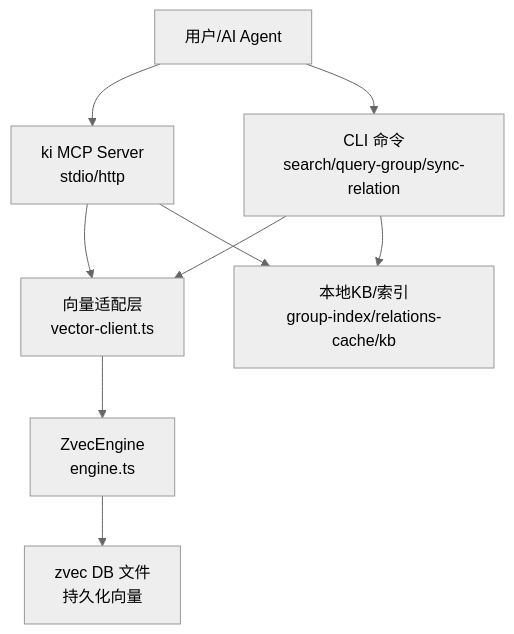
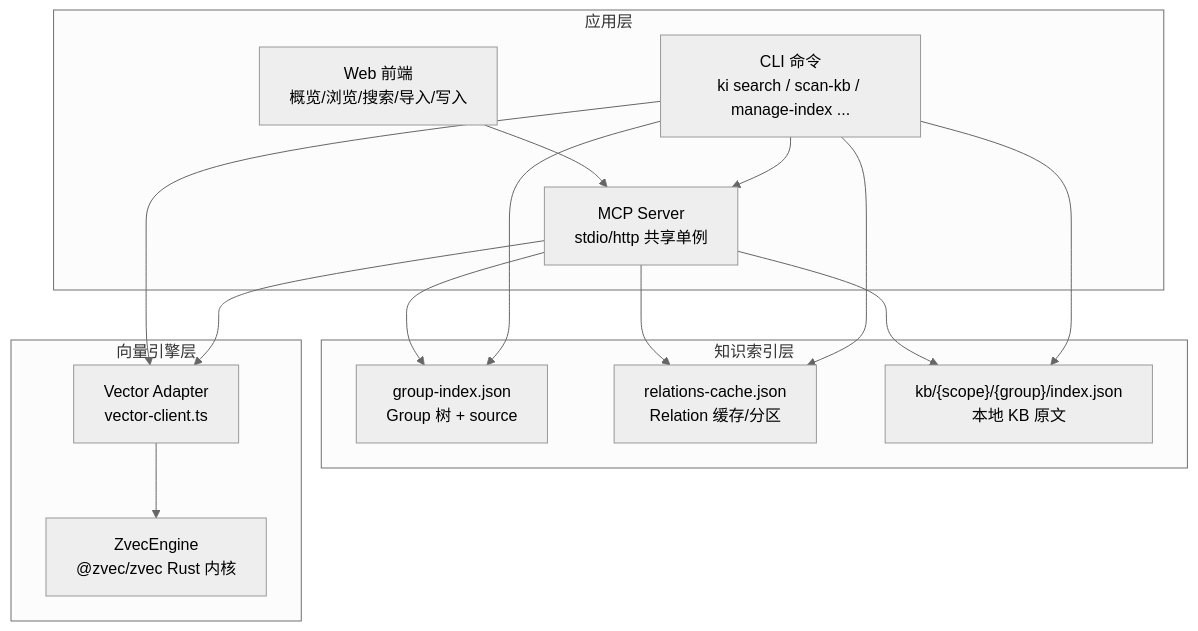
The first of 8 diagrams in .qoder/repowiki/zh/content/项目概述/项目概述.md (HACK-WU/kisearch), drawn with Mermaid (neutral theme) before and after one commit. The commit also changed other lines of this file and 623 other files, not shown here.

````diff
--- a/.qoder/repowiki/zh/content/项目概述/项目概述.md
+++ b/.qoder/repowiki/zh/content/项目概述/项目概述.md
@@ -57,11 +63,28 @@
 ```mermaid
 graph TB
-A["用户/AI Agent"] --> B["ki MCP Server<br/>stdio/http"]
-A --> C["CLI 命令<br/>search/query-group/sync-relation"]
-B --> D["向量适配层<br/>vector-client.ts"]
-C --> D
-D --> E["ZvecEngine<br/>engine.ts"]
-E --> F["zvec DB 文件<br/>持久化向量"]
-C --> G["本地KB/索引<br/>group-index/relations-cache/kb"]
-B --> G
+subgraph "应用层"
+CLI["CLI 命令<br/>ki search / scan-kb / manage-index ..."]
+MCP["MCP Server<br/>stdio/http 共享单例"]
+WEB["Web 前端<br/>概览/浏览/搜索/导入/写入"]
+end
+subgraph "知识索引层"
+GI["group-index.json<br/>Group 树 + source"]
+RC["relations-cache.json<br/>Relation 缓存/分区"]
+KB["kb/{scope}/{group}/index.json<br/>本地 KB 原文"]
+end
+subgraph "向量引擎层"
+ZVEC["ZvecEngine<br/>@zvec/zvec Rust 内核"]
+VC["Vector Adapter<br/>vector-client.ts"]
+end
+CLI --> MCP
+WEB --> MCP
+MCP --> VC
+CLI --> VC
+VC --> ZVEC
+CLI --> GI
+CLI --> RC
+CLI --> KB
+MCP --> GI
+MCP --> RC
+MCP --> KB
 ```
````
